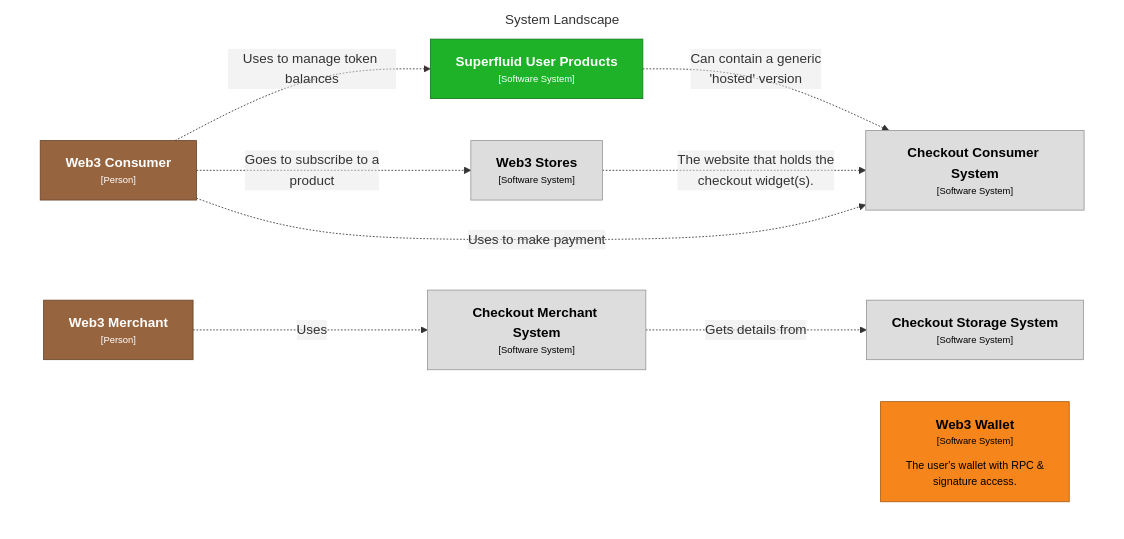
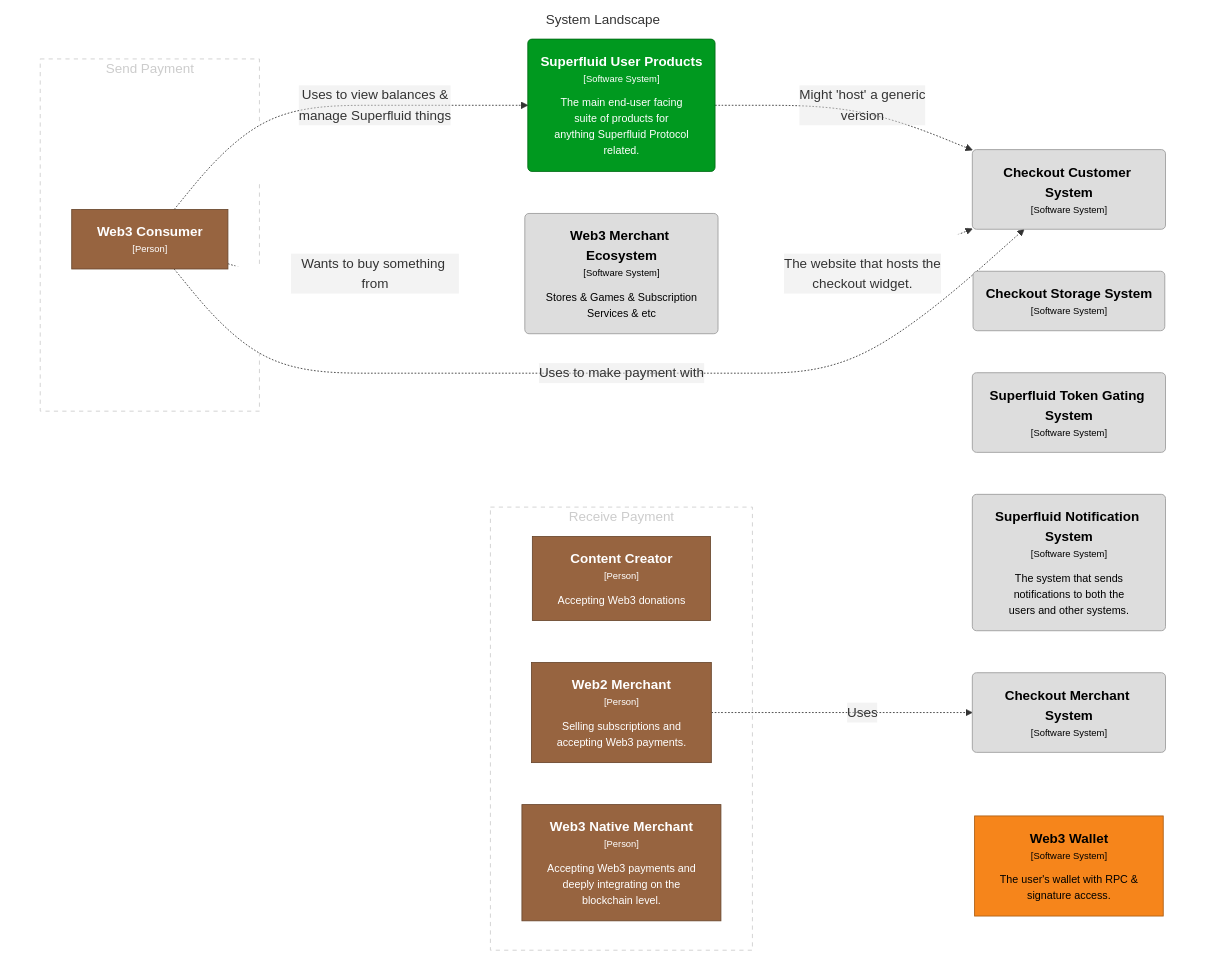
One commit to superfluid-finance/widget changed the diagram in architecture/diagrams/structurizr-TheBigPicture.mmd. Above: the diagram before and after it, drawn with Mermaid. The commit also changed 7 other files, not shown here.

Commit message:
update diagrams

```diff
--- a/architecture/diagrams/structurizr-TheBigPicture.mmd
+++ b/architecture/diagrams/structurizr-TheBigPicture.mmd
@@ -1,31 +1,48 @@
 graph TB
   linkStyle default fill:#ffffff
 
   subgraph diagram [System Landscape]
     style diagram fill:#ffffff,stroke:#ffffff
 
-    1["<div style='font-weight: bold'>Checkout Consumer System</div><div style='font-size: 70%; margin-top: 0px'>[Software System]</div>"]
+    subgraph group1 [Receive Payment]
+      style group1 fill:#ffffff,stroke:#cccccc,color:#cccccc,stroke-dasharray:5
+
+      53["<div style='font-weight: bold'>Content Creator</div><div style='font-size: 70%; margin-top: 0px'>[Person]</div><div style='font-size: 80%; margin-top:10px'>Accepting Web3 donations</div>"]
+      style 53 fill:#976440,stroke:#69462c,color:#ffffff
+      54["<div style='font-weight: bold'>Web2 Merchant</div><div style='font-size: 70%; margin-top: 0px'>[Person]</div><div style='font-size: 80%; margin-top:10px'>Selling subscriptions and<br />accepting Web3 payments.</div>"]
+      style 54 fill:#976440,stroke:#69462c,color:#ffffff
+      56["<div style='font-weight: bold'>Web3 Native Merchant</div><div style='font-size: 70%; margin-top: 0px'>[Person]</div><div style='font-size: 80%; margin-top:10px'>Accepting Web3 payments and<br />deeply integrating on the<br />blockchain level.</div>"]
+      style 56 fill:#976440,stroke:#69462c,color:#ffffff
+    end
+
+    subgraph group2 [Send Payment]
+      style group2 fill:#ffffff,stroke:#cccccc,color:#cccccc,stroke-dasharray:5
+
+      57["<div style='font-weight: bold'>Web3 Consumer</div><div style='font-size: 70%; margin-top: 0px'>[Person]</div>"]
+      style 57 fill:#976440,stroke:#69462c,color:#ffffff
+    end
+
+    1("<div style='font-weight: bold'>Checkout Customer System</div><div style='font-size: 70%; margin-top: 0px'>[Software System]</div>")
     style 1 fill:#dddddd,stroke:#9a9a9a,color:#000000
-    24["<div style='font-weight: bold'>Checkout Storage System</div><div style='font-size: 70%; margin-top: 0px'>[Software System]</div>"]
-    style 24 fill:#dddddd,stroke:#9a9a9a,color:#000000
-    27["<div style='font-weight: bold'>Checkout Merchant System</div><div style='font-size: 70%; margin-top: 0px'>[Software System]</div>"]
-    style 27 fill:#dddddd,stroke:#9a9a9a,color:#000000
-    31["<div style='font-weight: bold'>Superfluid User Products</div><div style='font-size: 70%; margin-top: 0px'>[Software System]</div>"]
-    style 31 fill:#1db227,stroke:#147c1b,color:#ffffff
-    38["<div style='font-weight: bold'>Web3 Wallet</div><div style='font-size: 70%; margin-top: 0px'>[Software System]</div><div style='font-size: 80%; margin-top:10px'>The user's wallet with RPC &<br />signature access.</div>"]
-    style 38 fill:#f6851b,stroke:#ac5d12,color:#000000
-    39["<div style='font-weight: bold'>Web3 Stores</div><div style='font-size: 70%; margin-top: 0px'>[Software System]</div>"]
-    style 39 fill:#dddddd,stroke:#9a9a9a,color:#000000
-    42["<div style='font-weight: bold'>Web3 Merchant</div><div style='font-size: 70%; margin-top: 0px'>[Person]</div>"]
-    style 42 fill:#976440,stroke:#69462c,color:#ffffff
-    44["<div style='font-weight: bold'>Web3 Consumer</div><div style='font-size: 70%; margin-top: 0px'>[Person]</div>"]
-    style 44 fill:#976440,stroke:#69462c,color:#ffffff
+    25("<div style='font-weight: bold'>Checkout Storage System</div><div style='font-size: 70%; margin-top: 0px'>[Software System]</div>")
+    style 25 fill:#dddddd,stroke:#9a9a9a,color:#000000
+    28("<div style='font-weight: bold'>Superfluid Token Gating System</div><div style='font-size: 70%; margin-top: 0px'>[Software System]</div>")
+    style 28 fill:#dddddd,stroke:#9a9a9a,color:#000000
+    30("<div style='font-weight: bold'>Superfluid Notification System</div><div style='font-size: 70%; margin-top: 0px'>[Software System]</div><div style='font-size: 80%; margin-top:10px'>The system that sends<br />notifications to both the<br />users and other systems.</div>")
+    style 30 fill:#dddddd,stroke:#9a9a9a,color:#000000
+    32("<div style='font-weight: bold'>Checkout Merchant System</div><div style='font-size: 70%; margin-top: 0px'>[Software System]</div>")
+    style 32 fill:#dddddd,stroke:#9a9a9a,color:#000000
+    35("<div style='font-weight: bold'>Superfluid User Products</div><div style='font-size: 70%; margin-top: 0px'>[Software System]</div><div style='font-size: 80%; margin-top:10px'>The main end-user facing<br />suite of products for<br />anything Superfluid Protocol<br />related.</div>")
+    style 35 fill:#00991f,stroke:#006b15,color:#ffffff
+    49["<div style='font-weight: bold'>Web3 Wallet</div><div style='font-size: 70%; margin-top: 0px'>[Software System]</div><div style='font-size: 80%; margin-top:10px'>The user's wallet with RPC &<br />signature access.</div>"]
+    style 49 fill:#f6851b,stroke:#ac5d12,color:#000000
+    50("<div style='font-weight: bold'>Web3 Merchant Ecosystem</div><div style='font-size: 70%; margin-top: 0px'>[Software System]</div><div style='font-size: 80%; margin-top:10px'>Stores & Games & Subscription<br />Services & etc</div>")
+    style 50 fill:#dddddd,stroke:#9a9a9a,color:#000000
 
-    27-. "<div>Gets details from</div><div style='font-size: 70%'></div>" .->24
-    31-. "<div>Can contain a generic<br />'hosted' version</div><div style='font-size: 70%'></div>" .->1
-    39-. "<div>The website that holds the<br />checkout widget(s).</div><div style='font-size: 70%'></div>" .->1
-    42-. "<div>Uses</div><div style='font-size: 70%'></div>" .->27
-    44-. "<div>Uses to manage token balances</div><div style='font-size: 70%'></div>" .->31
-    44-. "<div>Goes to subscribe to a<br />product</div><div style='font-size: 70%'></div>" .->39
-    44-. "<div>Uses to make payment</div><div style='font-size: 70%'></div>" .->1
+    35-. "<div>Might 'host' a generic<br />version</div><div style='font-size: 70%'></div>" .->1
+    50-. "<div>The website that hosts the<br />checkout widget.</div><div style='font-size: 70%'></div>" .->1
+    54-. "<div>Uses</div><div style='font-size: 70%'></div>" .->32
+    57-. "<div>Uses to view balances &<br />manage Superfluid things</div><div style='font-size: 70%'></div>" .->35
+    57-. "<div>Wants to buy something from</div><div style='font-size: 70%'></div>" .->50
+    57-. "<div>Uses to make payment with</div><div style='font-size: 70%'></div>" .->1
   end
```
